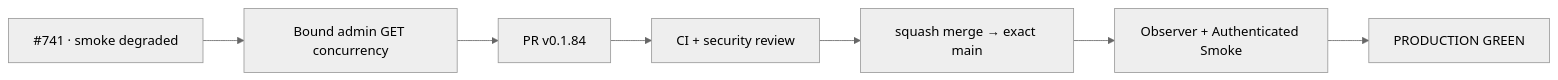
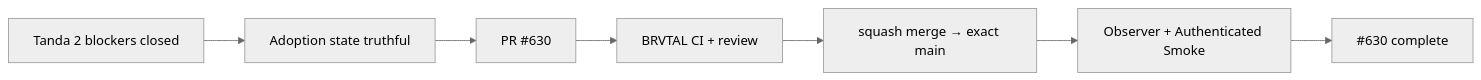
One commit to pl0n3r/brvtal changed the diagram in README.md. Above: the diagram before and after it, drawn with Mermaid (neutral theme). The commit also changed other lines of this file and 2 other files, not shown here.

First line of the commit message:
docs(factory): close BRVTAL Factory v1 adoption (#744)

````diff
--- a/README.md
+++ b/README.md
@@ -66,9 +61,9 @@
 ```mermaid
 flowchart LR
-  A["#741 · smoke degraded"] --> B["Bound admin GET concurrency"]
-  B --> C["PR v0.1.84"]
-  C --> D["CI + security review"]
+  A["Tanda 2 blockers closed"] --> B["Adoption state truthful"]
+  B --> C["PR #630"]
+  C --> D["BRVTAL CI + review"]
   D --> E["squash merge → exact main"]
   E --> F["Observer + Authenticated Smoke"]
-  F --> G["PRODUCTION GREEN"]
+  F --> G["#630 complete"]
 ```
````
